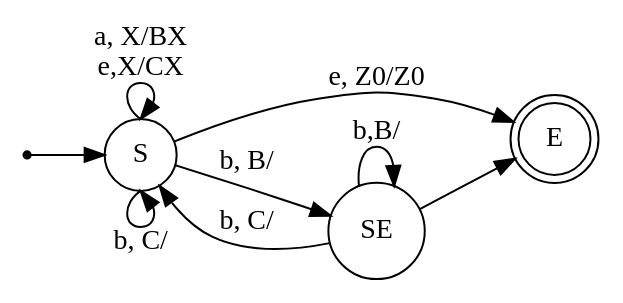
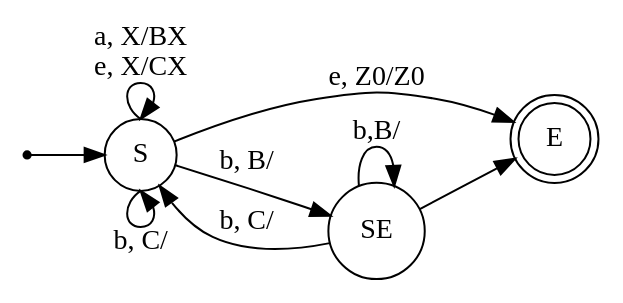
One commit to HumsterProgrammer/iu9-tfl-practice changed the second of 3 diagrams in Практика/Разбор задач/PDA и отображение Шютценберже.md. Above: the diagram before and after it, drawn with Graphviz. The commit also changed other lines of this file, not shown here.

````diff
--- a/Практика/Разбор задач/PDA и отображение Шютценберже.md
+++ b/Практика/Разбор задач/PDA и отображение Шютценберже.md
@@ -34,16 +34,16 @@
 ```dot
 digraph{
 	rankdir=LR
 	node [shape=circle]
 	E [shape=doublecircle]
 	point [shape=point]
 	point -> S
-	S:n -> S:n [label="a, X/BX\n e,X/CX"]
+	S:n -> S:n [label="a, X/BX\n e, X/CX"]
 	S:s -> S:s [label="b, C/"]
 	S -> E [label="e, Z0/Z0"]
 	S -> SE [label="b, B/"]
 	SE -> SE [label="b,B/"]
 	SE -> S [label="b, C/"]
 	SE -> E [labe="e,Z0/Z0"]
 	}
 ```
````
